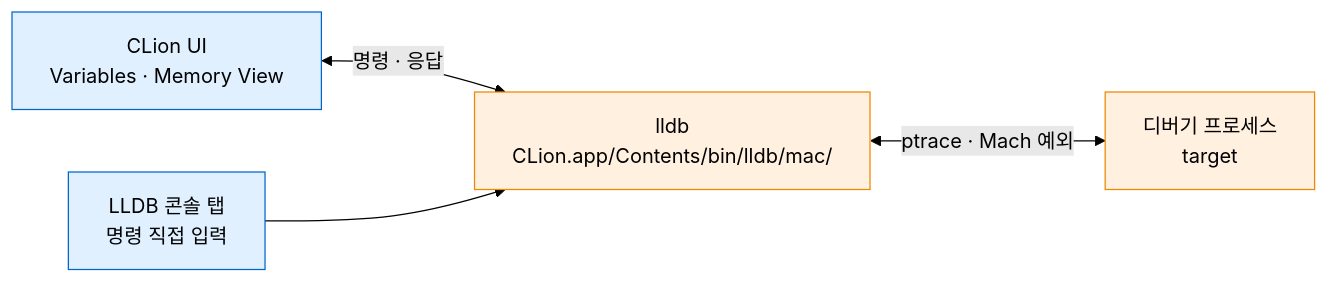
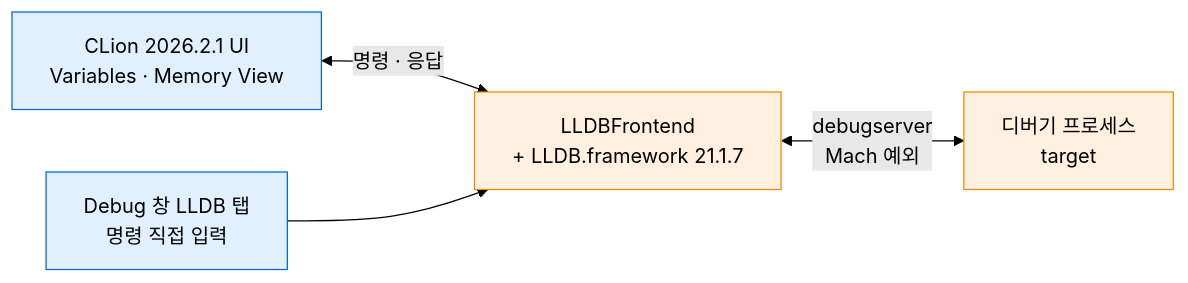
Before and after one commit to willjsw/code-lab: the diagram in C/docs/05-debugging/lldb-memory-inspection.md, drawn with Mermaid (forest theme). The commit also changed other lines of this file, not shown here.

First line of the commit message:
feat: lldb 메모리 조회 문서에 CLion 2026.2.1 환경 반영

````diff
--- a/C/docs/05-debugging/lldb-memory-inspection.md
+++ b/C/docs/05-debugging/lldb-memory-inspection.md
@@ -27,11 +37,11 @@
 ```mermaid
 flowchart LR
-    A["CLion UI<br/>Variables · Memory View"] <-->|"명령 · 응답"| B["lldb<br/>CLion.app/Contents/bin/lldb/mac/"]
-    B <-->|"ptrace · Mach 예외"| C["디버기 프로세스<br/>target"]
-    D["LLDB 콘솔 탭<br/>명령 직접 입력"] --> B
+    A["CLion 2026.2.1 UI<br/>Variables · Memory View"] <-->|"명령 · 응답"| B["LLDBFrontend<br/>+ LLDB.framework 21.1.7"]
+    B <-->|"debugserver<br/>Mach 예외"| C["디버기 프로세스<br/>target"]
+    D["Debug 창 LLDB 탭<br/>명령 직접 입력"] --> B
 
     classDef ui fill:#e0f0ff,stroke:#06c
     classDef dbg fill:#fff0e0,stroke:#e80
     class A,D ui
     class B,C dbg
 ```
````
